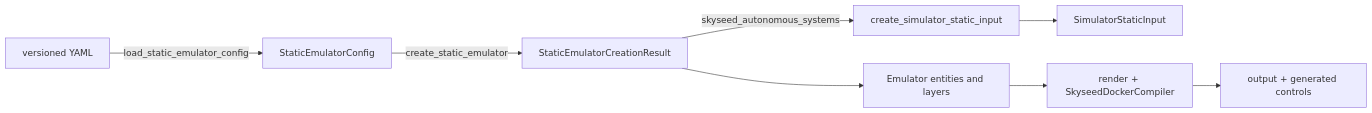
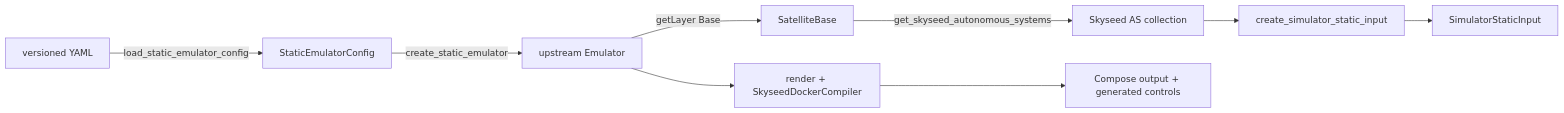
The second of 3 diagrams in skyseed_v2/docs/architecture/emulator-public-construction-api.md (seed-labs/skyseed), drawn with Mermaid before and after one commit. The commit also changed other lines of this file and 31 other files, not shown here.

Commit message:
Converge static Emulator file input

````diff
--- a/skyseed_v2/docs/architecture/emulator-public-construction-api.md
+++ b/skyseed_v2/docs/architecture/emulator-public-construction-api.md
@@ -186,10 +119,11 @@
 ```mermaid
 flowchart LR
     Y[versioned YAML] -->|load_static_emulator_config| C[StaticEmulatorConfig]
-    C -->|create_static_emulator| R[StaticEmulatorCreationResult]
-    R --> E[Emulator entities and layers]
-    R -->|skyseed_autonomous_systems| F[create_simulator_static_input]
+    C -->|create_static_emulator| E[upstream Emulator]
+    E -->|getLayer Base| B[SatelliteBase]
+    B -->|get_skyseed_autonomous_systems| A[Skyseed AS collection]
+    A --> F[create_simulator_static_input]
     F --> I[SimulatorStaticInput]
     E --> K[render + SkyseedDockerCompiler]
-    K --> O[output + generated controls]
+    K --> O[Compose output + generated controls]
 ```
````
